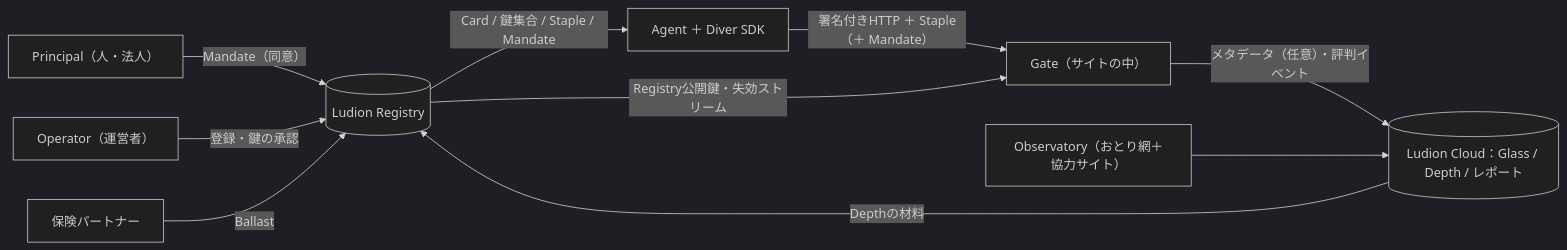
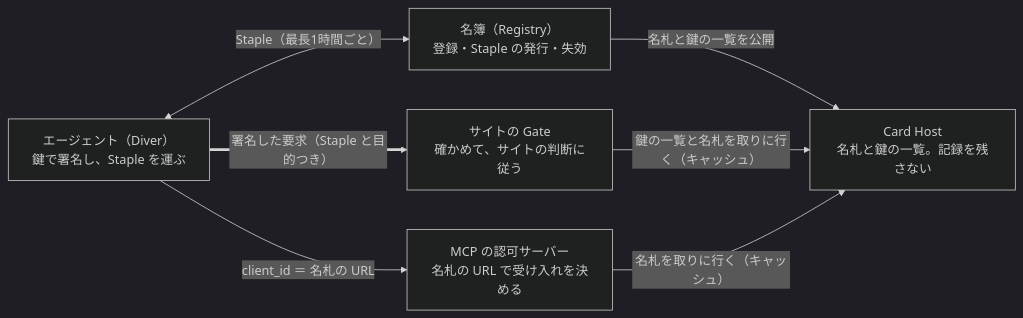
The diagram in docs/ludion-spec.md (Ludion-ai/Ludion), drawn with Mermaid (dark theme) before and after one commit. The commit also changed other lines of this file and 42 other files, not shown here.

````diff
--- a/docs/ludion-spec.md
+++ b/docs/ludion-spec.md
@@ -324,12 +349,14 @@
 ```mermaid
 flowchart LR
-  P["Principal（人・法人）"] -->|"Mandate（同意）"| R
-  OP["Operator（運営者）"] -->|"登録・鍵の承認"| R
-  R[("Ludion Registry")] -->|"Card / 鍵集合 / Staple / Mandate"| A["Agent ＋ Diver SDK"]
-  A -->|"署名付きHTTP ＋ Staple（＋ Mandate）"| G["Gate（サイトの中）"]
-  R -->|"Registry公開鍵・失効ストリーム"| G
-  G -->|"メタデータ（任意）・評判イベント"| C[("Ludion Cloud：Glass / Depth / レポート")]
-  C -->|"Depthの材料"| R
-  B["保険パートナー"] -->|"Ballast"| R
-  O["Observatory（おとり網＋協力サイト）"] --> C
+  R["名簿（Registry）<br/>登録・Staple の発行・失効"]
+  C["Card Host<br/>名札と鍵の一覧。記録を残さない"]
+  D["エージェント（Diver）<br/>鍵で署名し、Staple を運ぶ"]
+  G["サイトの Gate<br/>確かめて、サイトの判断に従う"]
+  M["MCP の認可サーバー<br/>名札の URL で受け入れを決める"]
+  R -->|"名札と鍵の一覧を公開"| C
+  D <-->|"Staple（最長1時間ごと）"| R
+  D ==>|"署名した要求（Staple と目的つき）"| G
+  D -->|"client_id ＝ 名札の URL"| M
+  G -->|"鍵の一覧と名札を取りに行く（キャッシュ）"| C
+  M -->|"名札を取りに行く（キャッシュ）"| C
 ```
````
